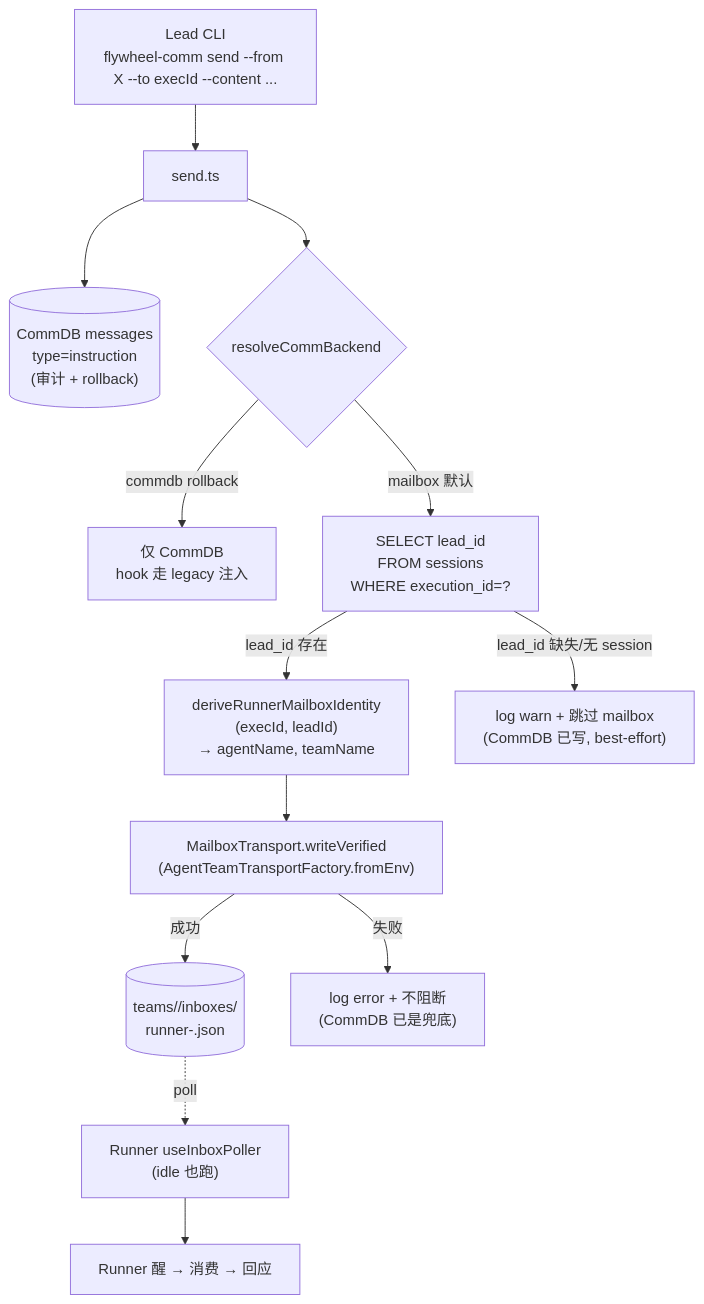
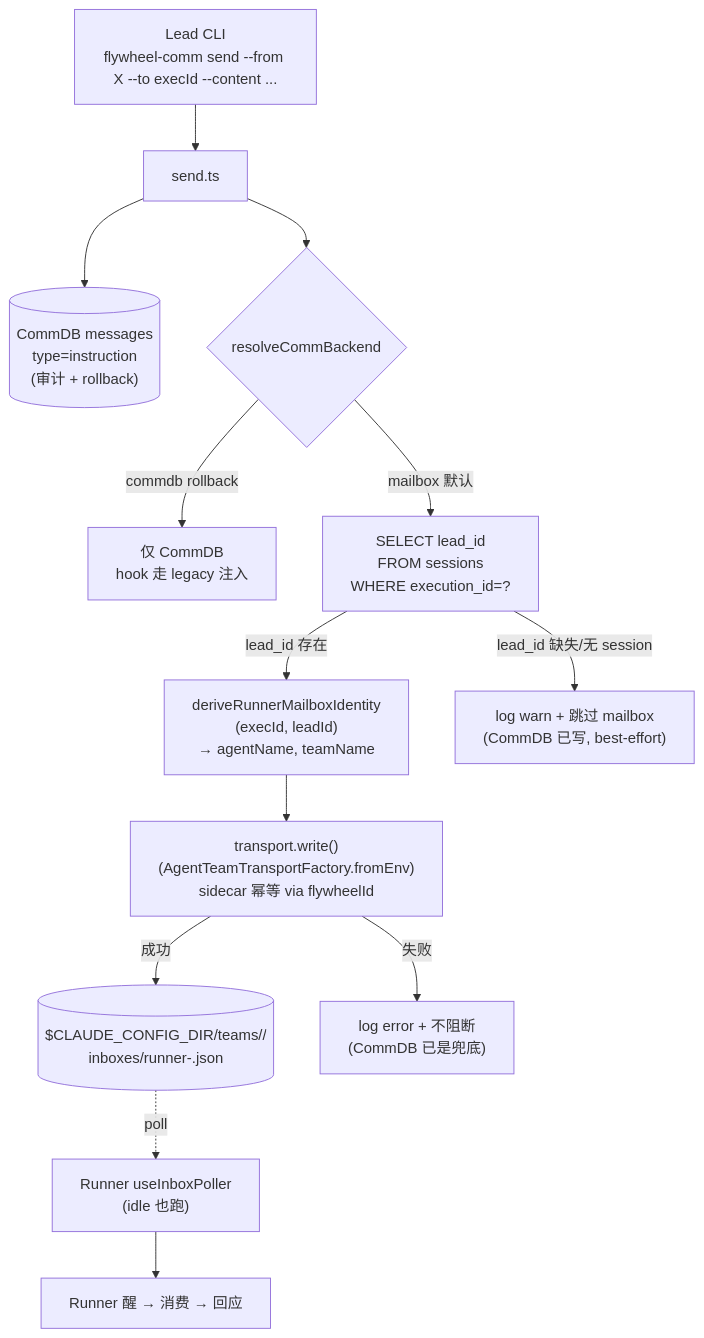
One commit to xrliAnnie/flywheel-qa-sandbox changed the diagram in doc/engineer/plan/draft/v1.28.2-FLY-168-comm-send-mailbox-dual-write.md. Above: the diagram before and after it, drawn with Mermaid. The commit also changed other lines of this file, not shown here.

First line of the commit message:
docs(FLY-168): plan r1 fixes — payload shape, parser trim, write() vs writeVerified, CLAUDE_CONFIG_DIR, stdout contract, collision note

````diff
--- a/doc/engineer/plan/draft/v1.28.2-FLY-168-comm-send-mailbox-dual-write.md
+++ b/doc/engineer/plan/draft/v1.28.2-FLY-168-comm-send-mailbox-dual-write.md
@@ -77,21 +85,21 @@
 ```mermaid
 flowchart TD
     Lead["Lead CLI<br/>flywheel-comm send --from X --to execId --content ..."]
     Lead --> CMD["send.ts"]
 
     CMD --> CommDB[("CommDB messages<br/>type=instruction<br/>(审计 + rollback)")]
 
     CMD --> Backend{resolveCommBackend}
     Backend -->|commdb rollback| Done1["仅 CommDB<br/>hook 走 legacy 注入"]
     Backend -->|mailbox 默认| Lookup["SELECT lead_id<br/>FROM sessions<br/>WHERE execution_id=?"]
 
     Lookup -->|lead_id 存在| Derive["deriveRunnerMailboxIdentity<br/>(execId, leadId)<br/>→ agentName, teamName"]
     Lookup -->|lead_id 缺失/无 session| Degrade["log warn + 跳过 mailbox<br/>(CommDB 已写, best-effort)"]
 
-    Derive --> Write["MailboxTransport.writeVerified<br/>(AgentTeamTransportFactory.fromEnv)"]
-    Write -->|成功| Inbox[("teams/<leadId>/inboxes/<br/>runner-<execId8>.json")]
+    Derive --> Write["transport.write()<br/>(AgentTeamTransportFactory.fromEnv)<br/>sidecar 幂等 via flywheelId"]
+    Write -->|成功| Inbox[("$CLAUDE_CONFIG_DIR/teams/<leadId>/<br/>inboxes/runner-<execId8>.json")]
     Write -->|失败| Catch["log error + 不阻断<br/>(CommDB 已是兜底)"]
 
     Inbox -.poll.-> Poller["Runner useInboxPoller<br/>(idle 也跑)"]
     Poller --> Wake["Runner 醒 → 消费 → 回应"]
 ```
````
